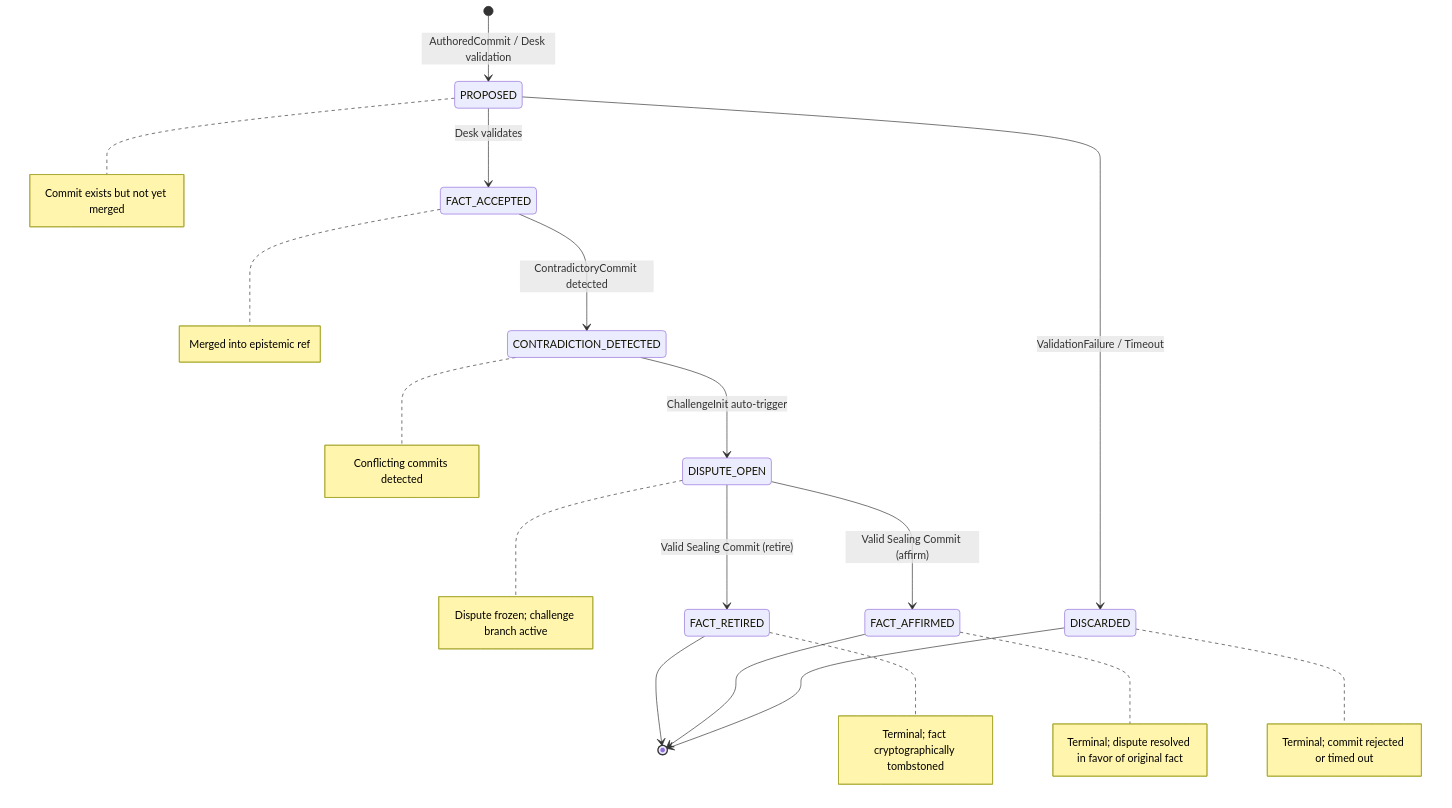
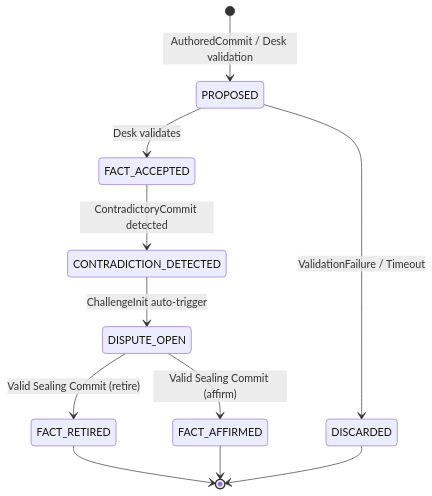
Before and after one commit to yumin-chen/epistemic-machine-protocol: the diagram in README.md, drawn with Mermaid. The commit also changed other lines of this file, not shown here.

````diff
--- a/README.md
+++ b/README.md
@@ -39,44 +159,13 @@
 ```mermaid
-%% Epistemic Machine Protocol EFSM
-
 stateDiagram-v2
     [*] --> PROPOSED: AuthoredCommit / Desk validation
     PROPOSED --> FACT_ACCEPTED: Desk validates
     PROPOSED --> DISCARDED: ValidationFailure / Timeout
     FACT_ACCEPTED --> CONTRADICTION_DETECTED: ContradictoryCommit detected
     CONTRADICTION_DETECTED --> DISPUTE_OPEN: ChallengeInit auto-trigger
     DISPUTE_OPEN --> FACT_RETIRED: Valid Sealing Commit (retire)
     DISPUTE_OPEN --> FACT_AFFIRMED: Valid Sealing Commit (affirm)
     FACT_RETIRED --> [*]
     FACT_AFFIRMED --> [*]
     DISCARDED --> [*]
-
-%% Optional: Annotations for context
-note right of PROPOSED
-  Commit exists but not yet merged
-end note
-
-note right of FACT_ACCEPTED
-  Merged into epistemic ref
-end note
-
-note right of CONTRADICTION_DETECTED
-  Conflicting commits detected
-end note
-
-note right of DISPUTE_OPEN
-  Dispute frozen; challenge branch active
-end note
-
-note right of FACT_RETIRED
-  Terminal; fact cryptographically tombstoned
-end note
-
-note right of FACT_AFFIRMED
-  Terminal; dispute resolved in favor of original fact
-end note
-
-note right of DISCARDED
-  Terminal; commit rejected or timed out
-end note
 ```
````
